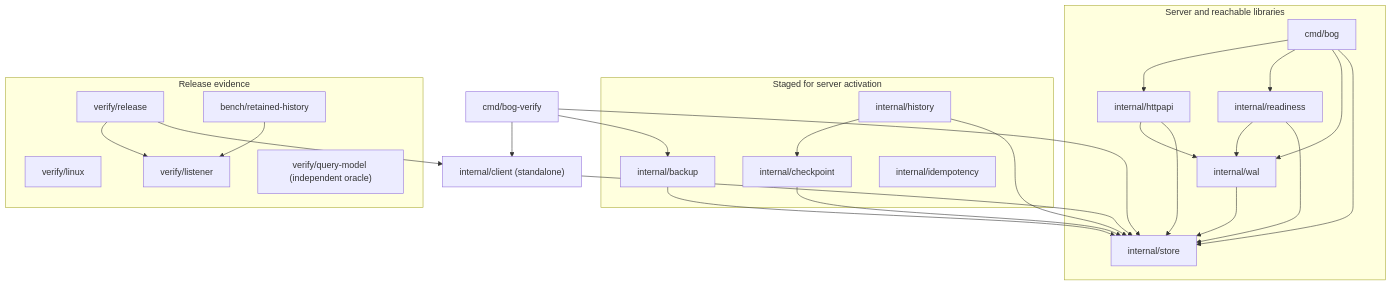
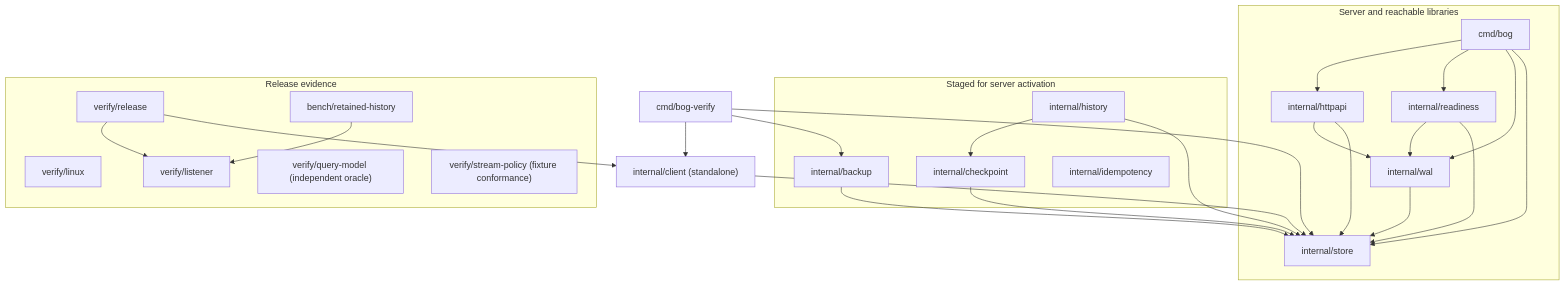
One commit to tflynn3/bog changed the diagram in docs/architecture/SYSTEM.md. Above: the diagram before and after it, drawn with Mermaid. The commit also changed other lines of this file and 8 other files, not shown here.

Commit message:
bog: Build a conformance runner for stream isolation and pre-append redaction

````diff
--- a/docs/architecture/SYSTEM.md
+++ b/docs/architecture/SYSTEM.md
@@ -28,45 +29,46 @@
 ```mermaid
 flowchart TD
     subgraph Runtime["Server and reachable libraries"]
         Cmd["cmd/bog"]
         HTTP["internal/httpapi"]
         Ready["internal/readiness"]
         WAL["internal/wal"]
         Store["internal/store"]
         Cmd --> HTTP
         Cmd --> Ready
         Cmd --> WAL
         Cmd --> Store
         HTTP --> WAL
         HTTP --> Store
         Ready --> WAL
         Ready --> Store
         WAL --> Store
     end
     Operator["cmd/bog-verify"]
     subgraph Staged["Staged for server activation"]
         Checkpoint["internal/checkpoint"]
         History["internal/history"]
         Backup["internal/backup"]
         Idempotency["internal/idempotency"]
         History --> Checkpoint
     end
     Client["internal/client (standalone)"]
     Checkpoint --> Store
     History --> Store
     Backup --> Store
     Operator --> Backup
     Operator --> Client
     Operator --> Store
     Client --> Store
     subgraph Evidence["Release evidence"]
         Admission["verify/release"]
         Durability["verify/linux"]
         Capacity["bench/retained-history"]
         Listener["verify/listener"]
         Model["verify/query-model (independent oracle)"]
+        StreamPolicy["verify/stream-policy (fixture conformance)"]
         Admission --> Listener
         Capacity --> Listener
     end
     Admission --> Client
 ```
````
